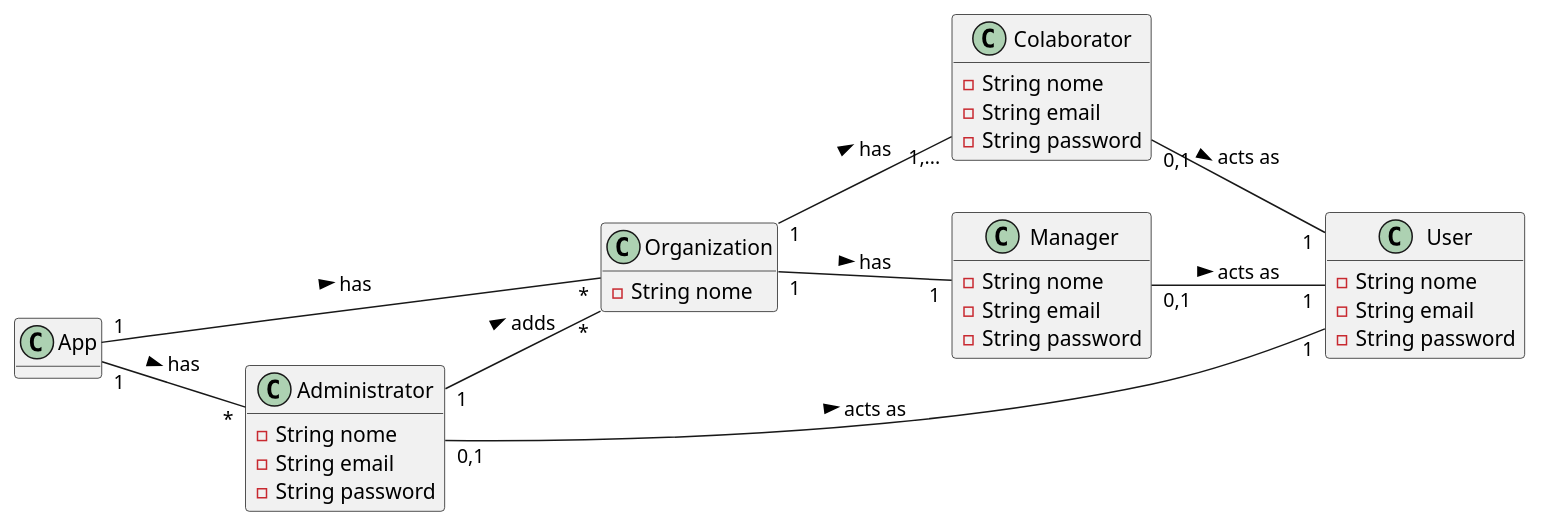
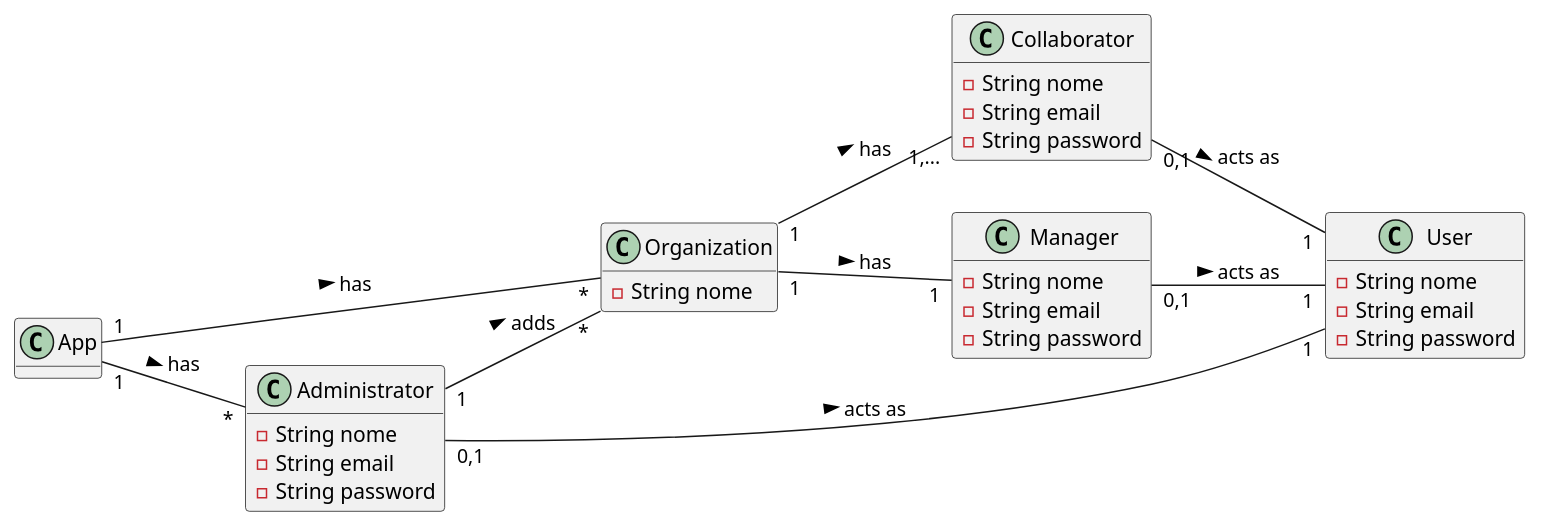
One commit to botelho-io/lapr2-2020-g029 changed the diagram in docs/UC_08/UC08_MD.puml. Above: the diagram before and after it, drawn with PlantUML. The commit also changed 21 other files, not shown here.

```diff
--- a/docs/UC_08/UC08_MD.puml
+++ b/docs/UC_08/UC08_MD.puml
@@ -1,47 +1,47 @@
 @startuml
 
 hide methods
 left to right direction
 
 class App {
 
 }
 
 class Organization {
         - String nome
 }
 
 class Administrator {
         - String nome
         - String email
         - String password
 }
 
-class Colaborator {
+class Collaborator {
         - String nome
         - String email
         - String password
 }
 
 class Manager {
         - String nome
         - String email
         - String password
 }
 
 class User {
         - String nome
         - String email
         - String password
 }
 
-Colaborator                "0,1" -- "1"      User                      : acts as >
+Collaborator                "0,1" -- "1"      User                      : acts as >
 Manager                    "0,1" -- "1"      User                      : acts as >
-Organization                 "1" -- "1,..."  Colaborator               : has >
+Organization                 "1" -- "1,..."  Collaborator               : has >
 Organization                 "1" -- "1"      Manager                   : has >
 App                          "1" -- "*"      Organization              : has >
 App                          "1" -- "*"      Administrator             : has >
 Administrator                "1" -- "*"      Organization              : adds >
 Administrator              "0,1" -- "1"      User                      : acts as >
 
 @enduml
```
